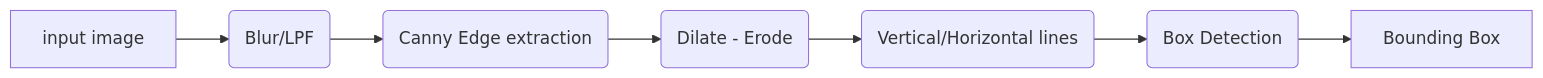
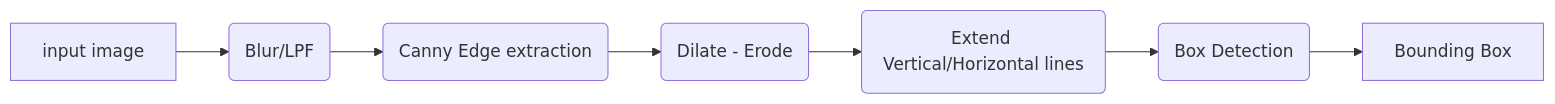
One commit to MT2321/ImageProcessingFinalProject changed the second of 4 diagrams in README.md. Above: the diagram before and after it, drawn with Mermaid. The commit also changed other lines of this file and 8 other files, not shown here.

````diff
--- a/README.md
+++ b/README.md
@@ -33,8 +32,8 @@
 ```mermaid
 
 graph LR
 A[input image]-->B(Blur/LPF) --> C(Canny Edge extraction)
 
--->D(Dilate - Erode) --> E(Vertical/Horizontal lines) --> F(Box Detection)-->G[Bounding Box]
+-->D(Dilate - Erode) --> E(Extend Vertical/Horizontal lines) --> F(Box Detection)-->G[Bounding Box]
 
 ```
````
